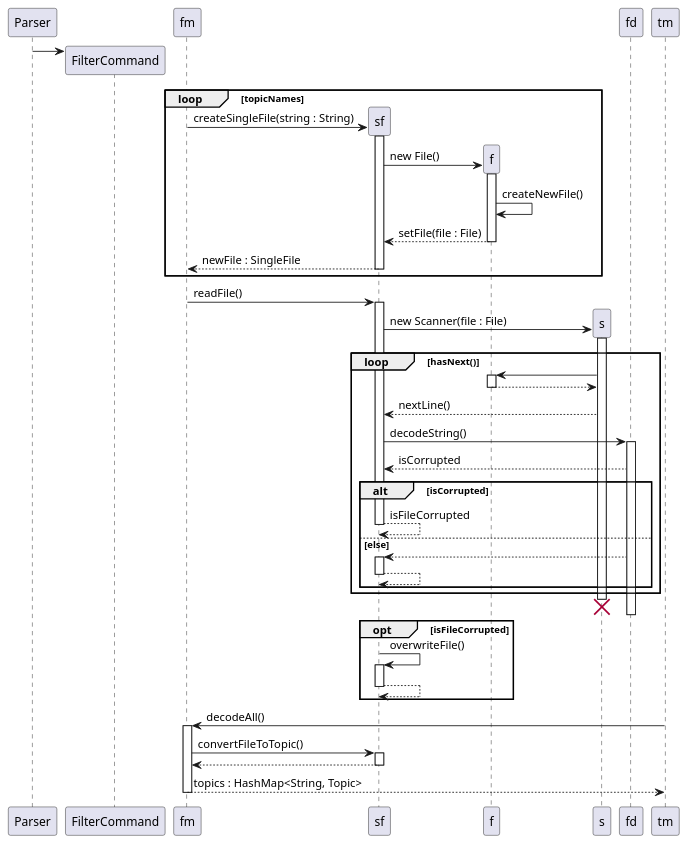
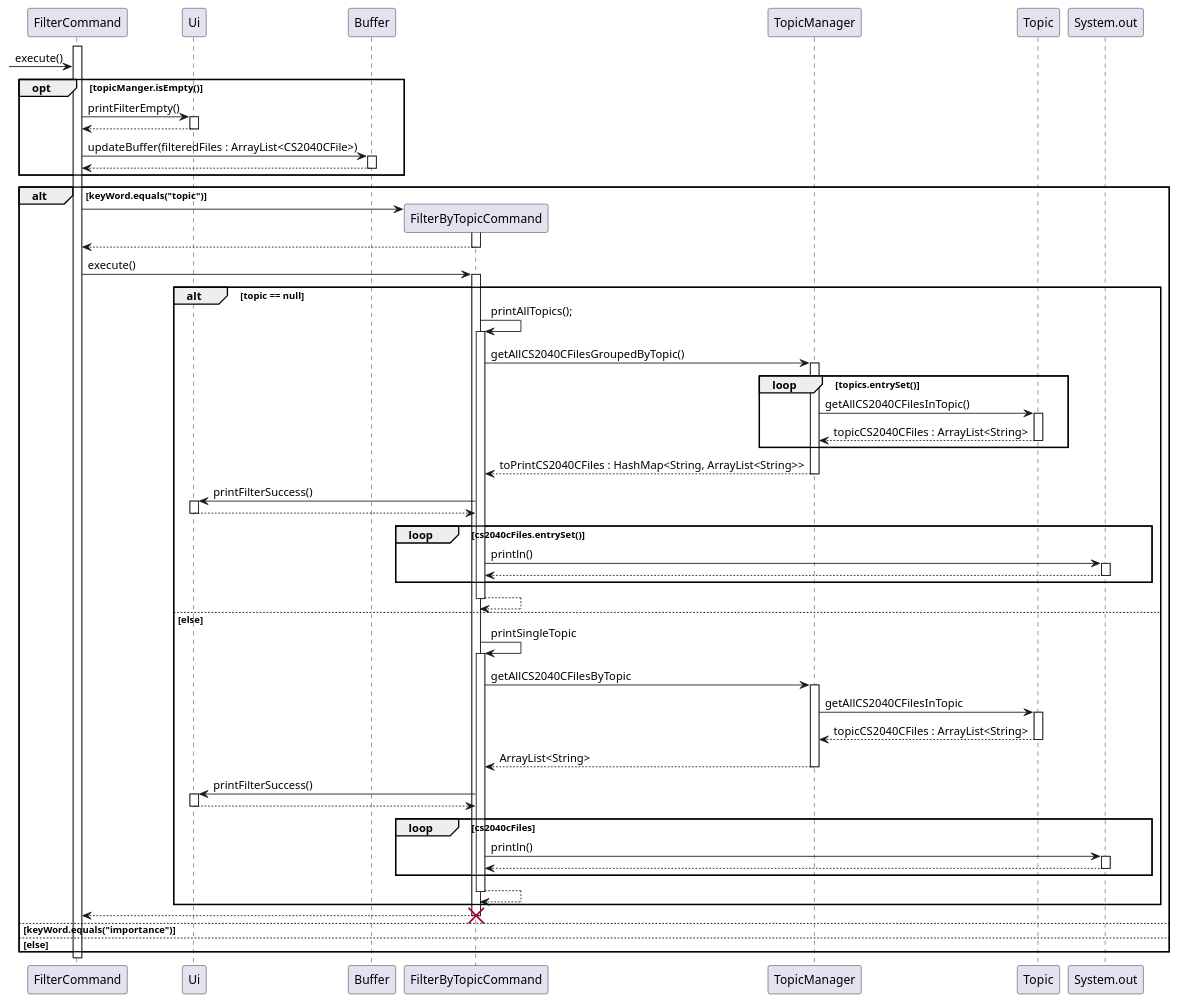
Before and after one commit to ong-ck/tp: the diagram in docs/sequence/source-files/FilterByTopic.puml, drawn with PlantUML. The commit also changed 4 other files, not shown here.

Commit message:
Add filter by topic sequence diagram to DG

```diff
--- a/docs/sequence/source-files/FilterByTopic.puml
+++ b/docs/sequence/source-files/FilterByTopic.puml
@@ -1,55 +1,69 @@
 @startuml
+activate FilterCommand
 
-Parser -> FilterCommand ** 
-loop topicNames
-    fm -> sf ** : createSingleFile(string : String)
-    activate sf
-    sf -> f ** : new File()
-    activate f
-    f -> f : createNewFile()
-    f --> sf : setFile(file : File)
-    deactivate f
-    sf --> fm : newFile : SingleFile
-    deactivate sf
-end
-fm -> sf : readFile()
-activate sf
-sf -> s ** : new Scanner(file : File)
-activate s
-deactivate fm
-    loop hasNext()
-    s -> f
-    activate f
-    f --> s
-    deactivate f
-    s --> sf : nextLine()
-    sf -> fd : decodeString()
-    activate fd
-    fd --> sf : isCorrupted
-        alt isCorrupted
-        sf --> sf : isFileCorrupted
-        deactivate sf
-        else else
-        fd --> sf
-        activate sf
-        sf-->sf
-        deactivate sf
-        end
+-> FilterCommand : execute()
+    opt topicManger.isEmpty()
+        FilterCommand -> Ui : printFilterEmpty()
+        activate Ui
+        return
+        FilterCommand -> Buffer : updateBuffer(filteredFiles : ArrayList<CS2040CFile>)
+        activate Buffer
+        return
     end
-    destroy s
-    deactivate sf
-    deactivate fd
-    opt isFileCorrupted
-    sf -> sf : overwriteFile()
-    activate sf
-    sf --> sf
-    deactivate sf
+    alt keyWord.equals("topic")
+        FilterCommand -> FilterByTopicCommand **
+        activate FilterByTopicCommand
+        return
+
+        FilterCommand -> FilterByTopicCommand : execute()
+        activate FilterByTopicCommand
+            alt topic == null
+                FilterByTopicCommand -> FilterByTopicCommand : printAllTopics();
+                activate FilterByTopicCommand
+                    FilterByTopicCommand -> TopicManager : getAllCS2040CFilesGroupedByTopic()
+                    activate TopicManager
+                        loop topics.entrySet()
+                            TopicManager -> Topic : getAllCS2040CFilesInTopic()
+                            activate Topic
+                            return topicCS2040CFiles : ArrayList<String>
+                        end
+                    return toPrintCS2040CFiles : HashMap<String, ArrayList<String>>
+
+                    FilterByTopicCommand -> Ui : printFilterSuccess()
+                    activate Ui
+                    return
+
+                    loop cs2040cFiles.entrySet()
+                        FilterByTopicCommand -> System.out : println()
+                        activate System.out
+                        return
+                    end
+                return
+            else else
+                FilterByTopicCommand -> FilterByTopicCommand : printSingleTopic
+                activate FilterByTopicCommand
+                    FilterByTopicCommand -> TopicManager : getAllCS2040CFilesByTopic
+                    activate TopicManager
+                        TopicManager -> Topic : getAllCS2040CFilesInTopic
+                        activate Topic
+                        return topicCS2040CFiles : ArrayList<String>
+                    return ArrayList<String>
+
+                    FilterByTopicCommand -> Ui : printFilterSuccess()
+                    activate Ui
+                    return
+
+                    loop cs2040cFiles
+                        FilterByTopicCommand -> System.out : println()
+                        activate System.out
+                        return
+                    end
+                return
+            end
+        return
+        destroy FilterByTopicCommand
+    else keyWord.equals("importance")
+    else else
     end
-tm -> fm : decodeAll()
-activate fm
-fm -> sf : convertFileToTopic()
-activate sf
-return
-return topics : HashMap<String, Topic>
-
+    deactivate FilterCommand
 @enduml
```
